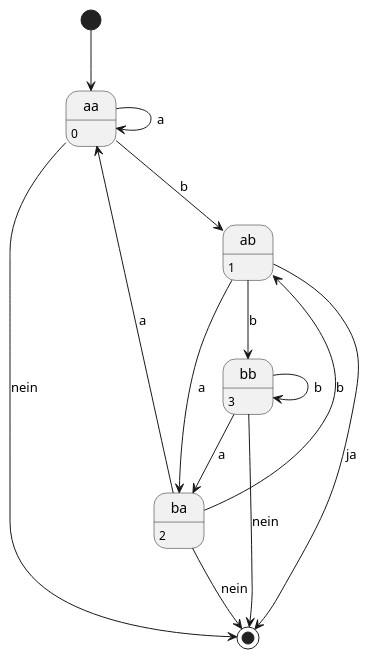
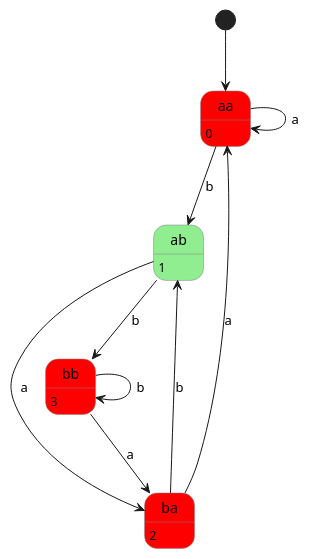
One commit to phbenisc/msiComplexTheorie changed the diagram in src/main/resources/uebung3/exercise01a.puml. Above: the diagram before and after it, drawn with PlantUML. The commit also changed 7 other files, not shown here.

Commit message:
feat(uebung1): made DFA diagrams nice

```diff
--- a/src/main/resources/uebung3/exercise01a.puml
+++ b/src/main/resources/uebung3/exercise01a.puml
@@ -1,31 +1,38 @@
 @startuml
 'scale 350 width
+
+skinparam state {
+  BackgroundColor<<YES>> LightGreen
+  BackgroundColor<<NO>> Red
+  BorderColor Gray
+}
+
 [*] --> AA
 
-state "aa" as AA
-state "ab" as AB
-state "ba" as BA
-state "bb" as BB
+state "aa" as AA <<NO>>
+state "ab" as AB <<YES>>
+state "ba" as BA <<NO>>
+state "bb" as BB <<NO>>
 
 AA : 0
 AB : 1
 BA : 2
 BB : 3
 
 AA --> AA : a
 AA --> AB : b
-AA --> [*] : nein
+'AA --> [*] : nein
 
 AB --> BA : a
 AB --> BB : b
-AB --> [*] : ja
+'AB --> [*] : ja
 
 BA --> AA : a
 BA --> AB : b
-BA --> [*] : nein
+'BA --> [*] : nein
 
 BB --> BA : a
 BB --> BB : b
-BB --> [*] : nein
+'BB --> [*] : nein
 
 @enduml
```
